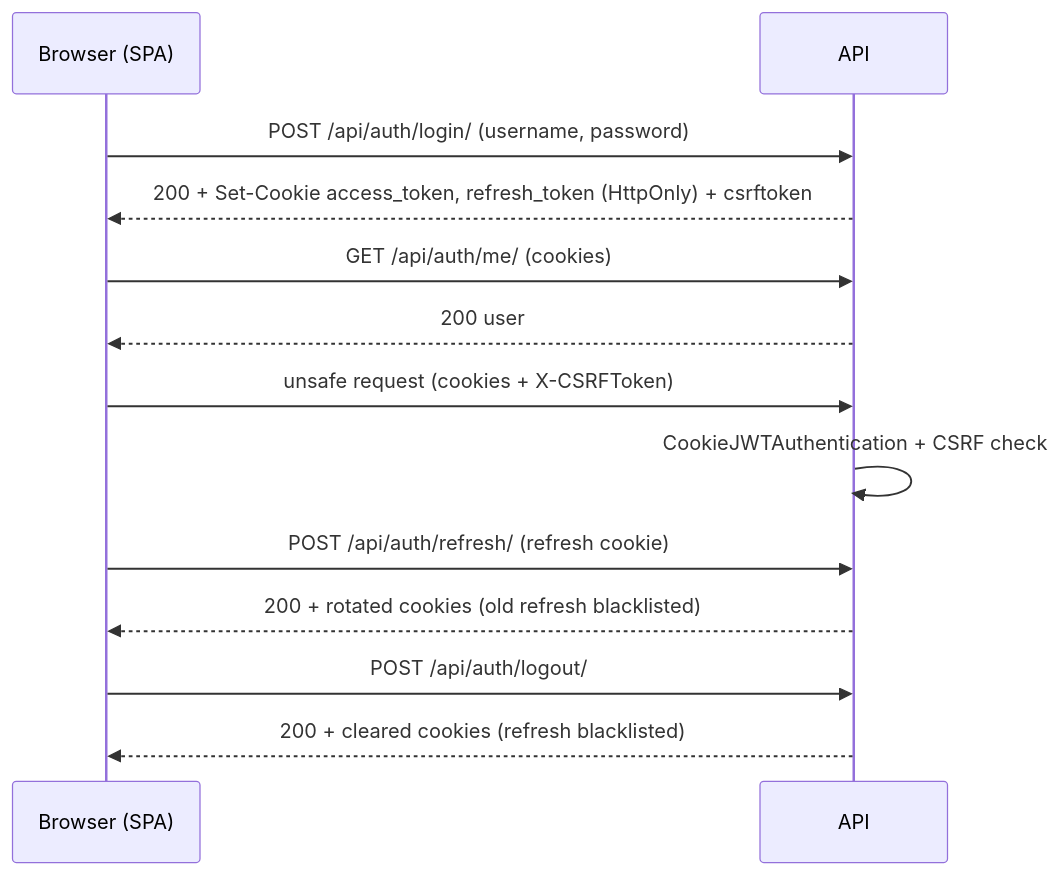
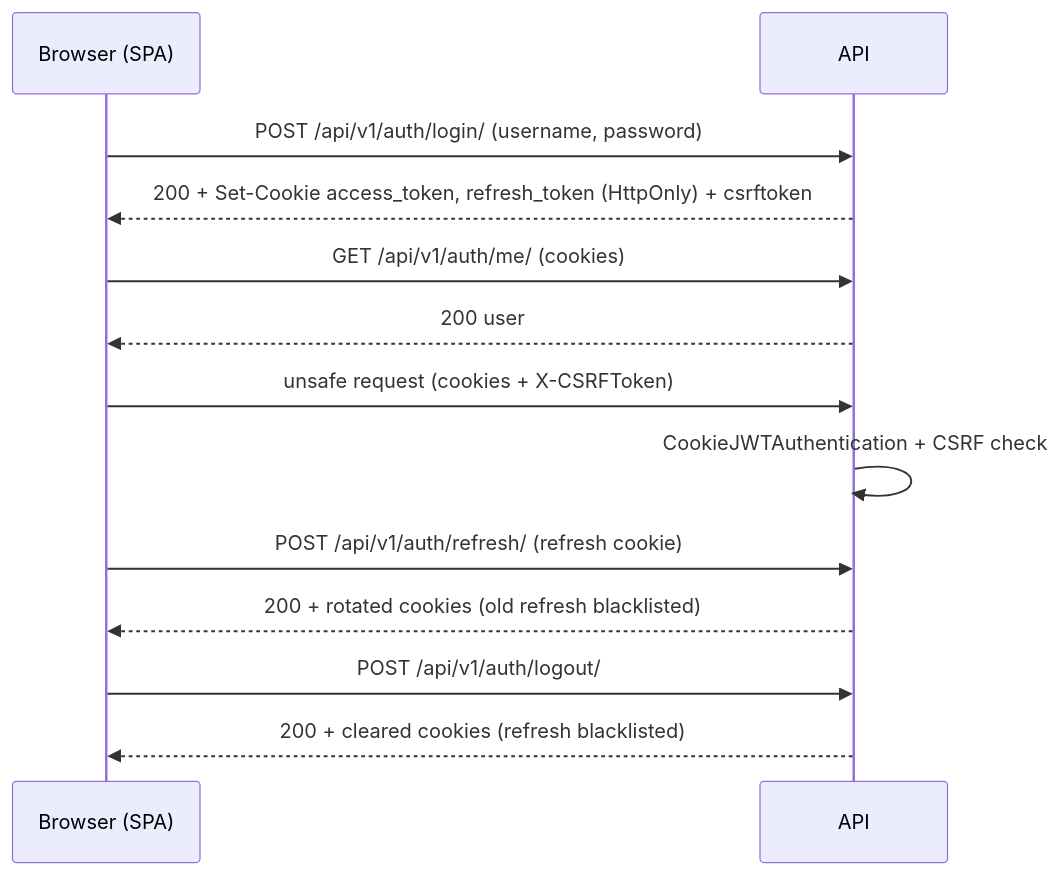
One commit to abdalrahmanshoshara-eng/platform-Services changed the third of 8 diagrams in docs/architecture.md. Above: the diagram before and after it, drawn with Mermaid. The commit also changed other lines of this file and 42 other files, not shown here.

````diff
--- a/docs/architecture.md
+++ b/docs/architecture.md
@@ -167,15 +170,15 @@
 ```mermaid
 sequenceDiagram
   participant U as Browser (SPA)
   participant A as API
-  U->>A: POST /api/auth/login/ (username, password)
+  U->>A: POST /api/v1/auth/login/ (username, password)
   A-->>U: 200 + Set-Cookie access_token, refresh_token (HttpOnly) + csrftoken
-  U->>A: GET /api/auth/me/ (cookies)
+  U->>A: GET /api/v1/auth/me/ (cookies)
   A-->>U: 200 user
   U->>A: unsafe request (cookies + X-CSRFToken)
   A->>A: CookieJWTAuthentication + CSRF check
-  U->>A: POST /api/auth/refresh/ (refresh cookie)
+  U->>A: POST /api/v1/auth/refresh/ (refresh cookie)
   A-->>U: 200 + rotated cookies (old refresh blacklisted)
-  U->>A: POST /api/auth/logout/
+  U->>A: POST /api/v1/auth/logout/
   A-->>U: 200 + cleared cookies (refresh blacklisted)
 ```
````
